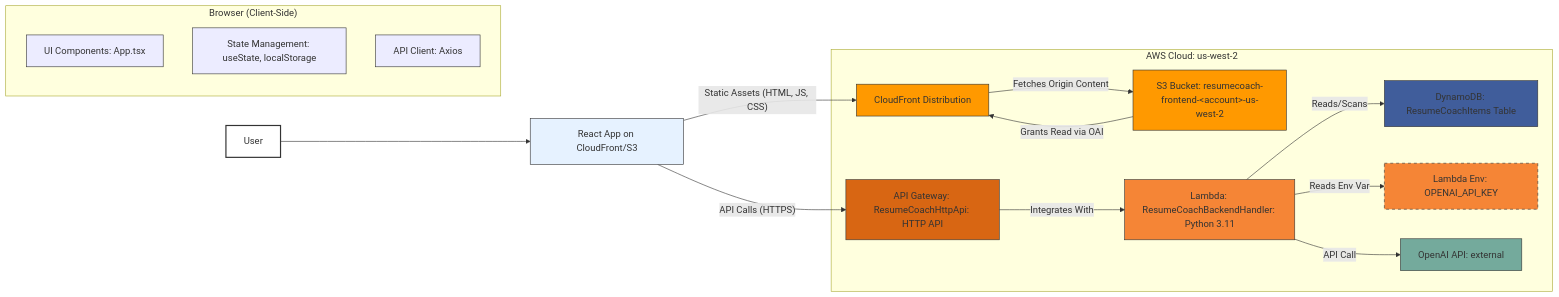
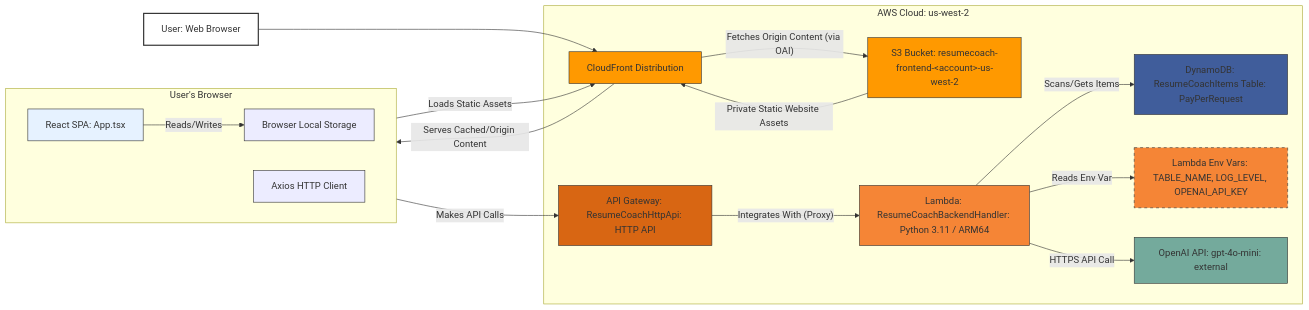
Before and after one commit to gaviral/ResumeCoach: the first of 5 diagrams in README.md, drawn with Mermaid. The commit also changed other lines of this file, not shown here.

First line of the commit message:
docs: Update README.md for Resume Coach v2

````diff
--- a/README.md
+++ b/README.md
@@ -58,45 +121,41 @@
 ```mermaid
 graph LR
-    User[User] --> Browser[React App on CloudFront/S3];
+    User[User: Web Browser] --> CF[CloudFront Distribution];
 
-    subgraph "Browser (Client-Side)"
-        direction TB
-        UI[UI Components: App.tsx]
-        StateMgmt[State Management: useState, localStorage]
-        APIClient[API Client: Axios]
+    subgraph "User's Browser"
+        direction LR
+        ReactApp[React SPA: App.tsx]
+        LocalStorage[Browser Local Storage]
+        Axios[Axios HTTP Client]
     end
 
-    Browser -- Static Assets (HTML, JS, CSS) --> CF[CloudFront Distribution];
-    CF -- Fetches Origin Content --> S3[S3 Bucket: resumecoach-frontend-&lt;account&gt;-us-west-2];
-    S3 -- Grants Read via OAI --> CF;
+    ReactApp -- Loads Static Assets --> CF;
+    ReactApp -- Reads/Writes --> LocalStorage;
+    ReactApp -- Makes API Calls --> APIGW[API Gateway: ResumeCoachHttpApi: HTTP API];
 
-
-    Browser -- API Calls (HTTPS) --> APIGW[API Gateway: ResumeCoachHttpApi: HTTP API];
+    CF -- Serves Cached/Origin Content --> ReactApp;
+    CF -- Fetches Origin Content (via OAI) --> S3[S3 Bucket: resumecoach-frontend-&lt;account&gt;-us-west-2];
 
     subgraph "AWS Cloud: us-west-2"
-      APIGW -- Integrates With --> Lambda[Lambda: ResumeCoachBackendHandler: Python 3.11];
-      Lambda -- Reads/Scans --> DynamoDB[DynamoDB: ResumeCoachItems Table];
-      Lambda -- Reads Env Var --> LambdaConfig[Lambda Env: OPENAI_API_KEY];
-      Lambda -- API Call --> OpenAI[OpenAI API: external];
+      APIGW -- Integrates With (Proxy) --> Lambda[Lambda: ResumeCoachBackendHandler: Python 3.11 / ARM64];
+      Lambda -- Scans/Gets Items --> DynamoDB[DynamoDB: ResumeCoachItems Table: PayPerRequest];
+      Lambda -- Reads Env Var --> LambdaConfig[Lambda Env Vars: TABLE_NAME, LOG_LEVEL, OPENAI_API_KEY];
+      Lambda -- HTTPS API Call --> OpenAI[OpenAI API: gpt-4o-mini: external];
 
-      S3;
-      CF;
-      APIGW;
-      Lambda;
+      S3 -- Private Static Website Assets --> CF;
       DynamoDB;
       LambdaConfig;
     end
 
     style User fill:#fff,stroke:#333,stroke-width:2px
-    style Browser fill:#e6f2ff,stroke:#333,stroke-width:1px
-    style UI fill:#lightblue,stroke:#333,stroke-width:1px
-    style StateMgmt fill:#lightblue,stroke:#333,stroke-width:1px
-    style APIClient fill:#lightblue,stroke:#333,stroke-width:1px
+    style ReactApp fill:#e6f2ff,stroke:#333,stroke-width:1px
+    style LocalStorage fill:#lightblue,stroke:#333,stroke-width:1px
+    style Axios fill:#lightblue,stroke:#333,stroke-width:1px
     style S3 fill:#f90,stroke:#333,stroke-width:1px
     style CF fill:#ff9900,stroke:#333,stroke-width:1px
     style APIGW fill:#d86613,stroke:#333,stroke-width:1px
     style Lambda fill:#f58536,stroke:#333,stroke-width:1px
     style DynamoDB fill:#405d9b,stroke:#333,stroke-width:1px
     style OpenAI fill:#74aa9c,stroke:#333,stroke-width:1px
     style LambdaConfig fill:#f58536,stroke:#333,stroke-width:1px,stroke-dasharray: 5 5
 ```
````
